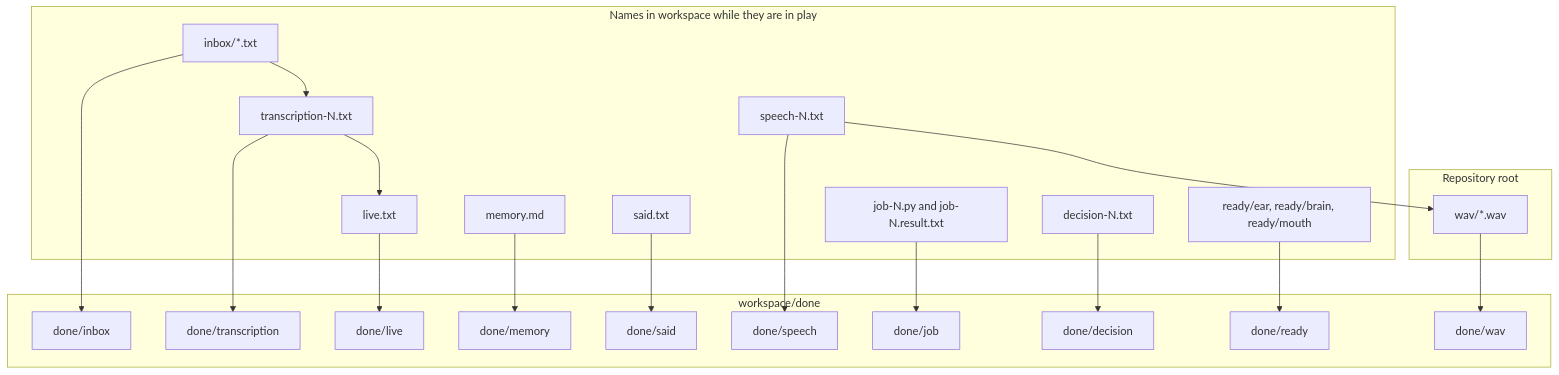
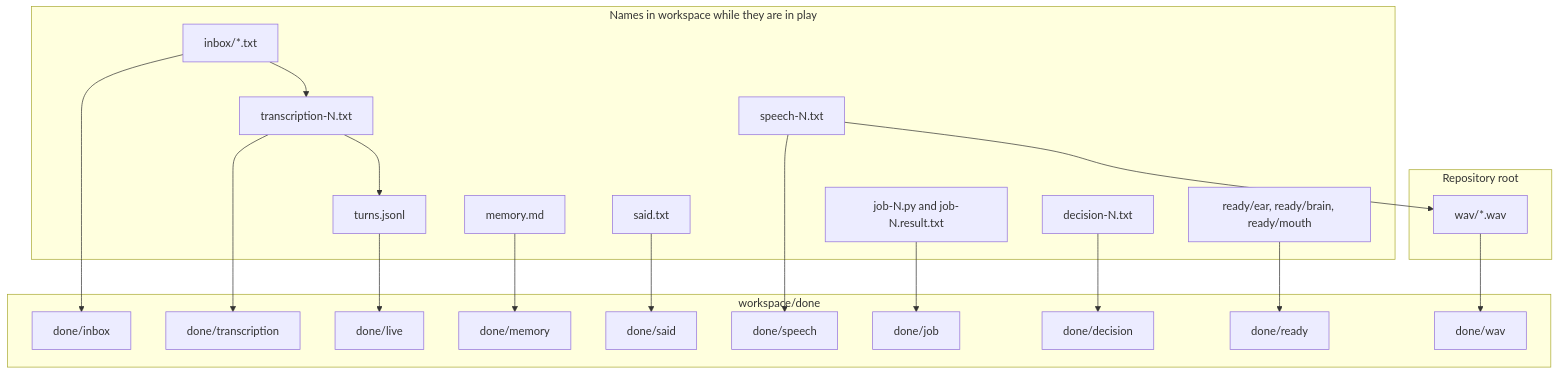
The fourth of 5 diagrams in README.md (wgabrys88/Trident), drawn with Mermaid before and after one commit. The commit also changed other lines of this file and 8 other files, not shown here.

````diff
--- a/README.md
+++ b/README.md
@@ -324,42 +324,42 @@
 ```mermaid
 flowchart TB
   subgraph liveNames ["Names in workspace while they are in play"]
     inb["inbox/*.txt"]
     tx["transcription-N.txt"]
-    live["live.txt"]
+    turns["turns.jsonl"]
     mem["memory.md"]
     said["said.txt"]
     sp["speech-N.txt"]
     job["job-N.py and job-N.result.txt"]
     dec["decision-N.txt"]
     rdy["ready/ear, ready/brain, ready/mouth"]
   end
   subgraph pcm ["Repository root"]
     wav["wav/*.wav"]
   end
   subgraph record ["workspace/done"]
     di["done/inbox"]
     dt["done/transcription"]
     dl["done/live"]
     dm["done/memory"]
     dsaid["done/said"]
     dsp["done/speech"]
     dj["done/job"]
     dd["done/decision"]
     dr["done/ready"]
     dw["done/wav"]
   end
   inb --> di
   inb --> tx
   tx --> dt
-  tx --> live
-  live --> dl
+  tx --> turns
+  turns --> dl
   mem --> dm
   said --> dsaid
   sp --> dsp
   job --> dj
   dec --> dd
   rdy --> dr
   sp --> wav
   wav --> dw
 ```
````
